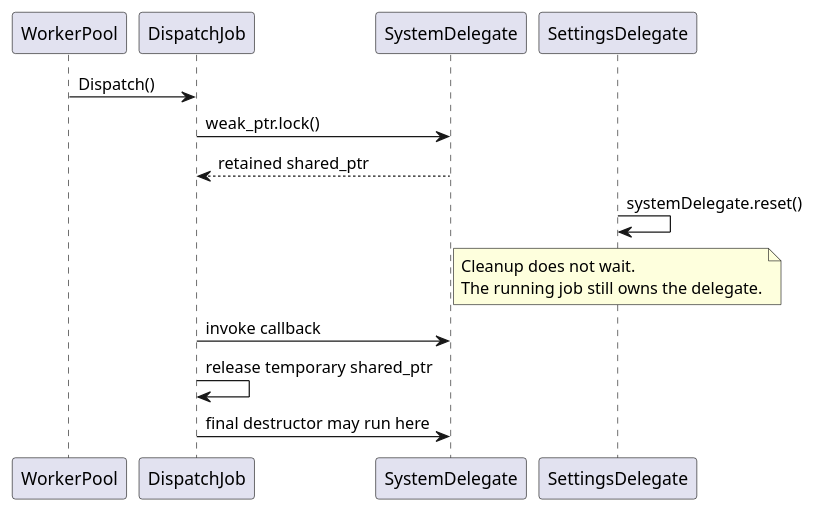
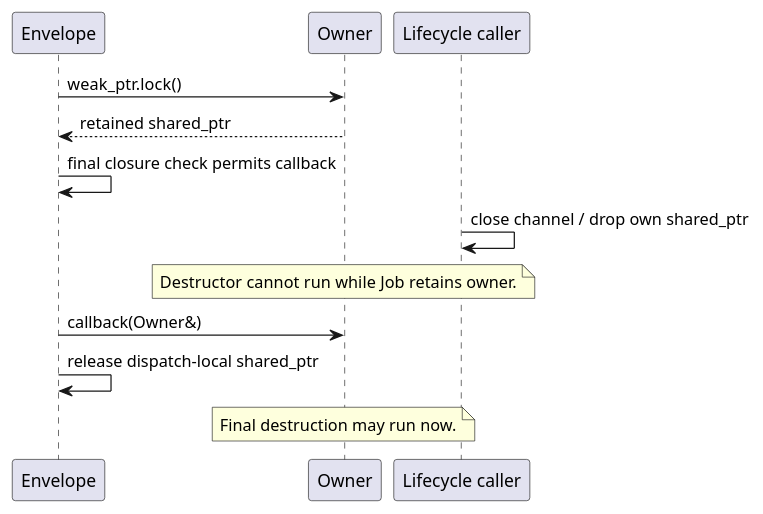
Before and after one commit to rdkcentral/entservices-appgateway: the diagram in docs/AsyncJobLifecycle.md, drawn with PlantUML. The commit also changed other lines of this file and 4 other files, not shown here.

Commit message:
RDKEMW-24834: Consolidate async job lifecycle specs and documentation

````diff
--- a/docs/AsyncJobLifecycle.md
+++ b/docs/AsyncJobLifecycle.md
@@ -467,20 +47,15 @@
 ```plantuml
 @startuml
-participant "WorkerPool" as Pool
-participant "DispatchJob" as Job
-participant "SystemDelegate" as Delegate
-participant "SettingsDelegate" as Settings
-
-Pool -> Job: Dispatch()
-Job -> Delegate: weak_ptr.lock()
-Delegate --> Job: retained shared_ptr
-Settings -> Settings: systemDelegate.reset()
-note over Settings
-Cleanup does not wait.
-The running job still owns the delegate.
-end note
-Job -> Delegate: invoke callback
-Job -> Job: release temporary shared_ptr
-Job -> Delegate: final destructor may run here
+participant "Envelope" as Job
+participant "Owner" as Owner
+participant "Lifecycle caller" as Life
+Job -> Owner: weak_ptr.lock()
+Owner --> Job: retained shared_ptr
+Job -> Job: final closure check permits callback
+Life -> Life: close channel / drop own shared_ptr
+note over Owner: Destructor cannot run while Job retains owner.
+Job -> Owner: callback(Owner&)
+Job -> Job: release dispatch-local shared_ptr
+note over Owner: Final destruction may run now.
 @enduml
 ```
````
